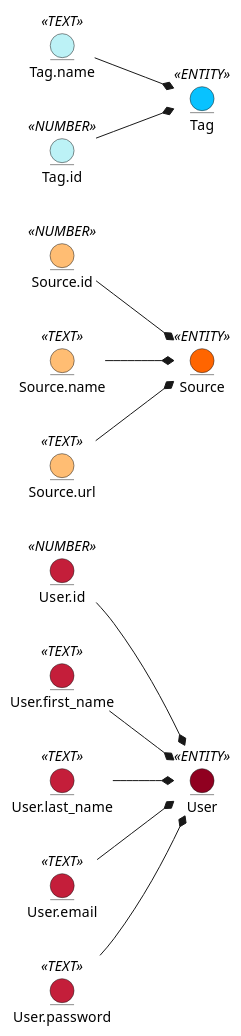
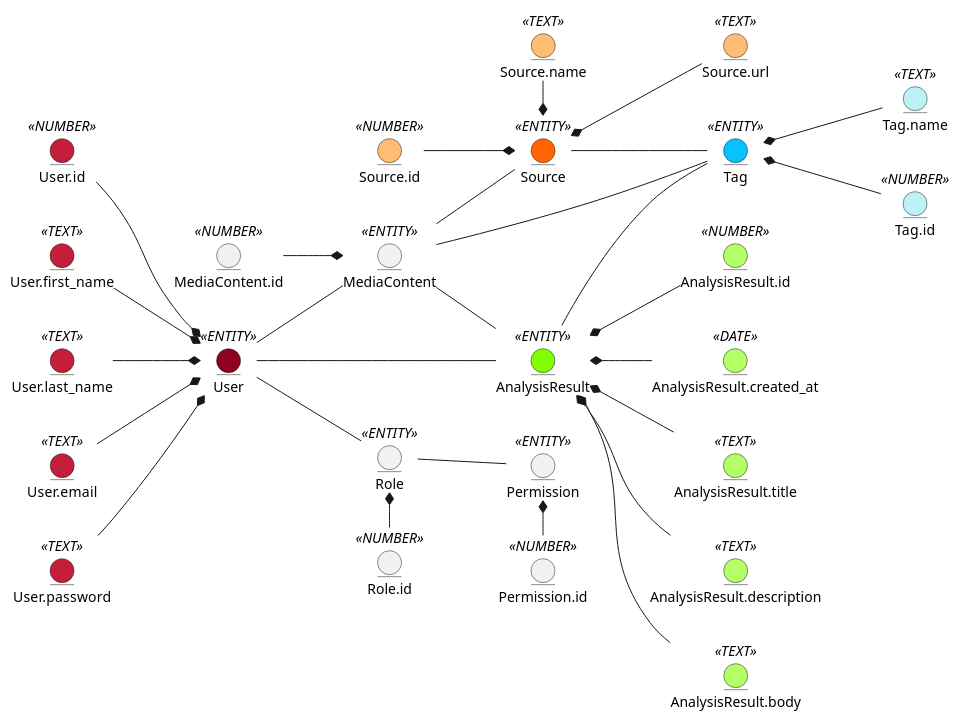
The diagram in docs/design/README.md (semenyaka08/media-content-api), drawn with PlantUML before and after one commit.

Commit message:
Add AnalysisResult and create template for MediaContent, Role, Permission

```diff
--- a/docs/design/README.md
+++ b/docs/design/README.md
@@ -5,39 +5,79 @@
 @startuml
 
 left to right direction
+
 
 entity User <<ENTITY>> #900020
 entity User.id <<NUMBER>> #C41E3A
 entity User.first_name <<TEXT>> #C41E3A
 entity User.last_name <<TEXT>> #C41E3A
 entity User.email <<TEXT>> #C41E3A
 entity User.password <<TEXT>> #C41E3A
 
 User.id -d-* User
 User.first_name -d-* User
 User.last_name -d-* User
 User.email -d-* User
 User.password -d-* User
 
-left to right direction
-    
+
+entity MediaContent <<ENTITY>>
+entity MediaContent.id <<NUMBER>>
+
+MediaContent.id -d-* MediaContent
+
+
+entity Role <<ENTITY>>
+entity Role.id <<NUMBER>>
+
+Role.id -l-* Role
+
+
+entity Permission <<ENTITY>>
+entity Permission.id <<NUMBER>>
+
+Permission.id -l-* Permission
+
+
 entity Source <<ENTITY>> #FF6500
 entity Source.id <<NUMBER>> #FFBD73
 entity Source.name <<TEXT>> #FFBD73
 entity Source.url <<TEXT>> #FFBD73
 
 Source.id -d-* Source 
-Source.name -d-* Source 
-Source.url -d-* Source
+Source.name -r-* Source 
+Source.url -u-* Source
 
 
-left to right direction
+entity AnalysisResult <<ENTITY>> #80FF00
+entity AnalysisResult.id <<NUMBER>> #B2FF66
+entity AnalysisResult.created_at <<DATE>> #B2FF66
+entity AnalysisResult.title <<TEXT>> #B2FF66
+entity AnalysisResult.description <<TEXT>> #B2FF66
+entity AnalysisResult.body <<TEXT>> #B2FF66
+
+AnalysisResult.id -u-* AnalysisResult
+AnalysisResult.created_at -u-* AnalysisResult
+AnalysisResult.title -u-* AnalysisResult
+AnalysisResult.description -u-* AnalysisResult
+AnalysisResult.body -u-* AnalysisResult
+
 
 entity Tag <<ENTITY>> #08C2FF 
 entity Tag.name <<TEXT>> #BCF2F6 
 entity Tag.id <<NUMBER>> #BCF2F6
 
-Tag.id -d-* Tag 
-Tag.name -d-* Tag
+Tag.id -u-* Tag 
+Tag.name -u-* Tag
+
+User -- MediaContent
+User -- AnalysisResult
+User -- Role
+Role -- Permission
+MediaContent -- Source
+MediaContent -- AnalysisResult
+MediaContent -- Tag
+AnalysisResult -- Tag
+Source -- Tag
 
 @enduml
```
